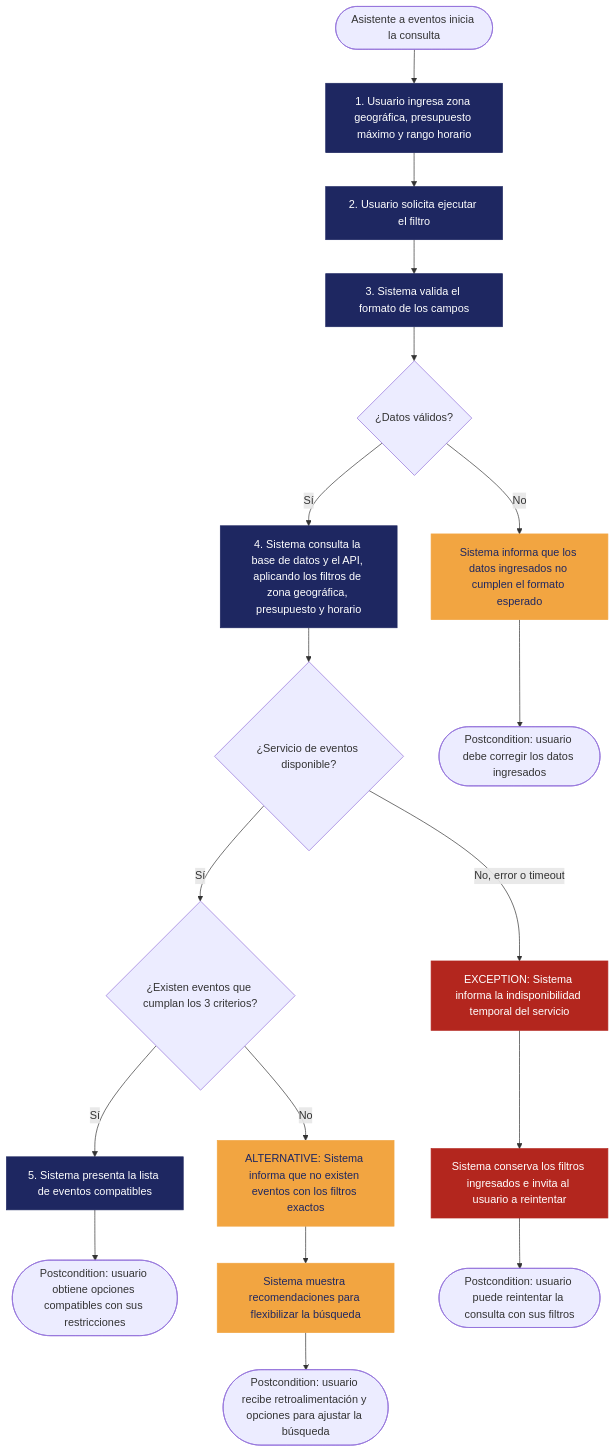
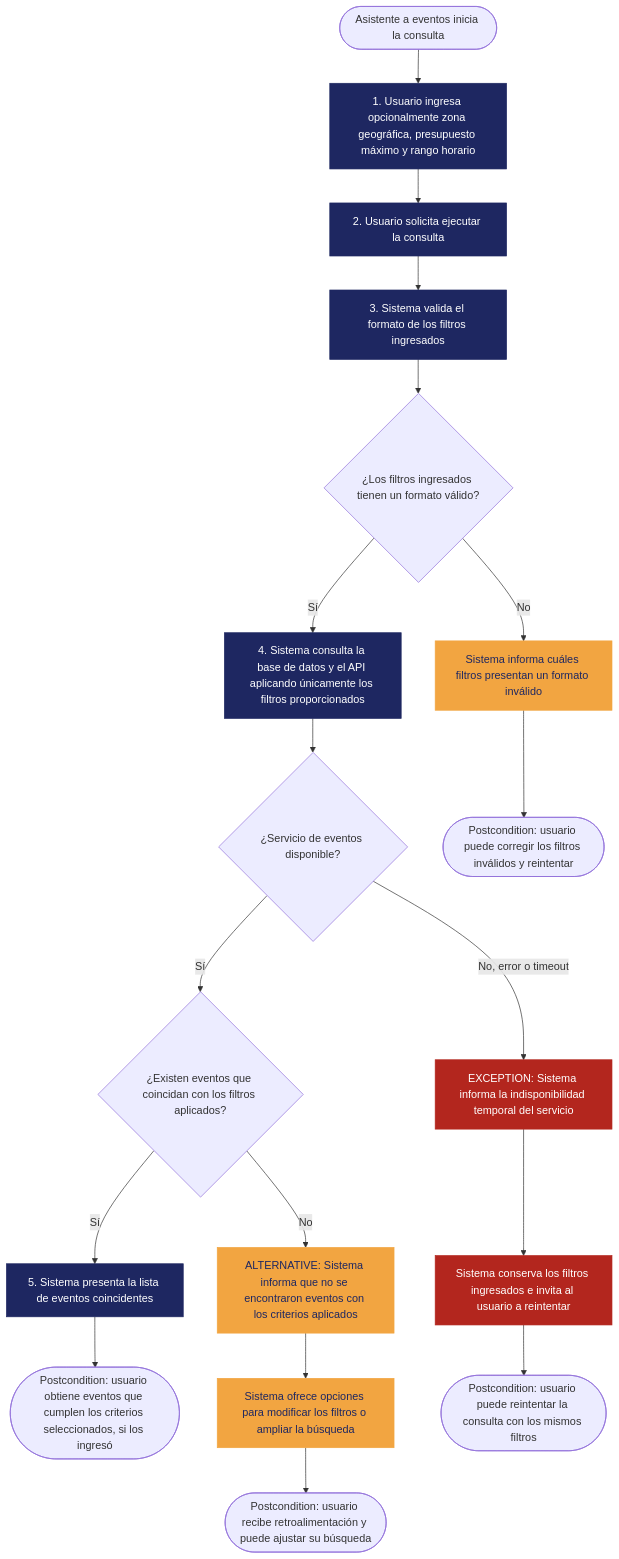
The diagram in Docs/REQ-01.md (ProyectPlanning/Sistema_de_eventos), drawn with Mermaid before and after one commit.

Commit message:
Update flowchart for event assistant consultation process

````diff
--- a/Docs/REQ-01.md
+++ b/Docs/REQ-01.md
@@ -139,33 +139,33 @@
 ```mermaid
 flowchart TD
-    A([Asistente a eventos inicia la consulta]) --> B["1. Usuario ingresa zona geográfica, presupuesto máximo y rango horario"]
-    B --> C["2. Usuario solicita ejecutar el filtro"]
-    C --> D["3. Sistema valida el formato de los campos"]
-    D --> E{"¿Datos válidos?"}
+    A([Asistente a eventos inicia la consulta]) --> B["1. Usuario ingresa opcionalmente zona geográfica, presupuesto máximo y rango horario"]
+    B --> C["2. Usuario solicita ejecutar la consulta"]
+    C --> D["3. Sistema valida el formato de los filtros ingresados"]
+    D --> E{"¿Los filtros ingresados tienen un formato válido?"}
 
-    E -- "Sí" --> F["4. Sistema consulta la base de datos y el API, aplicando los filtros de zona geográfica, presupuesto y horario"]
+    E -- "Sí" --> F["4. Sistema consulta la base de datos y el API aplicando únicamente los filtros proporcionados"]
     F --> G{"¿Servicio de eventos disponible?"}
 
-    G -- "Sí" --> H{"¿Existen eventos que cumplan los 3 criterios?"}
-    H -- "Sí" --> I["5. Sistema presenta la lista de eventos compatibles"]
-    I --> J(["Postcondition: usuario obtiene opciones compatibles con sus restricciones"])
+    G -- "Sí" --> H{"¿Existen eventos que coincidan con los filtros aplicados?"}
+    H -- "Sí" --> I["5. Sistema presenta la lista de eventos coincidentes"]
+    I --> J(["Postcondition: usuario obtiene eventos que cumplen los criterios seleccionados, si los ingresó"])
 
-    H -- "No" --> K["ALTERNATIVE: Sistema informa que no existen eventos con los filtros exactos"]
-    K --> L["Sistema muestra recomendaciones para flexibilizar la búsqueda"]
-    L --> M(["Postcondition: usuario recibe retroalimentación y opciones para ajustar la búsqueda"])
+    H -- "No" --> K["ALTERNATIVE: Sistema informa que no se encontraron eventos con los criterios aplicados"]
+    K --> L["Sistema ofrece opciones para modificar los filtros o ampliar la búsqueda"]
+    L --> M(["Postcondition: usuario recibe retroalimentación y puede ajustar su búsqueda"])
 
     G -- "No, error o timeout" --> N["EXCEPTION: Sistema informa la indisponibilidad temporal del servicio"]
     N --> O["Sistema conserva los filtros ingresados e invita al usuario a reintentar"]
-    O --> P(["Postcondition: usuario puede reintentar la consulta con sus filtros"])
+    O --> P(["Postcondition: usuario puede reintentar la consulta con los mismos filtros"])
 
-    E -- "No" --> Q["Sistema informa que los datos ingresados no cumplen el formato esperado"]
-    Q --> R(["Postcondition: usuario debe corregir los datos ingresados"])
+    E -- "No" --> Q["Sistema informa cuáles filtros presentan un formato inválido"]
+    Q --> R(["Postcondition: usuario puede corregir los filtros inválidos y reintentar"])
 
     classDef mainflow fill:#1E2761,color:#ffffff,stroke:#1E2761;
     classDef alt fill:#F2A541,color:#1E2761,stroke:#F2A541;
     classDef exception fill:#B3261E,color:#ffffff,stroke:#B3261E;
 
     class B,C,D,F,I mainflow;
     class K,L,Q alt;
     class N,O exception;
 ```
````
